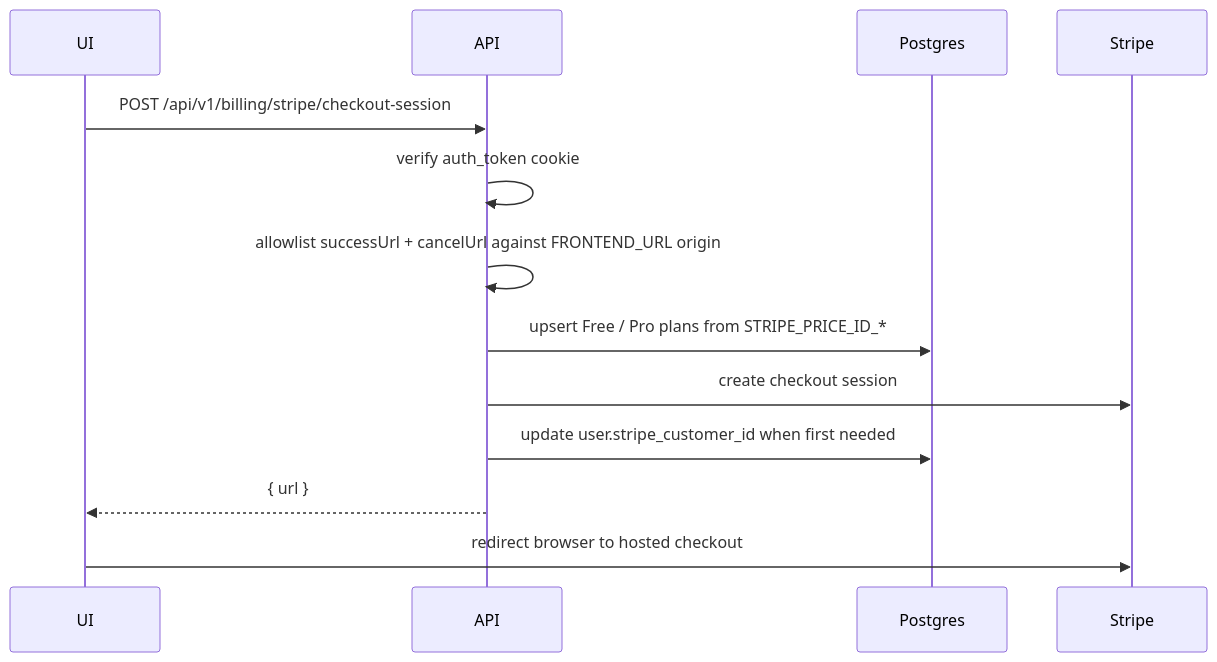
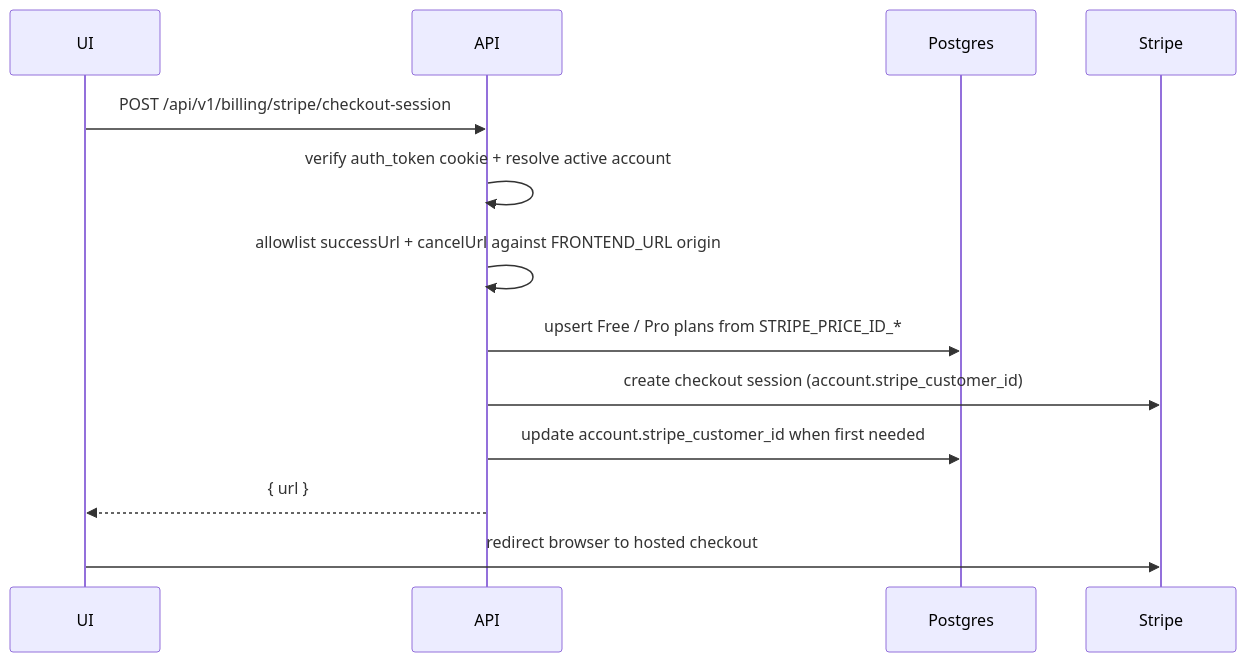
The first of 2 diagrams in src/content/docs/api/billing.mdx (AI-Starter-Templates/.github), drawn with Mermaid before and after one commit. The commit also changed other lines of this file and 2 other files, not shown here.

First line of the commit message:
Update billing API documentation for multi-tenant support

````diff
--- a/src/content/docs/api/billing.mdx
+++ b/src/content/docs/api/billing.mdx
@@ -16,15 +16,15 @@
 ```mermaid
 sequenceDiagram
   participant UI as UI
   participant API as API
   participant DB as Postgres
   participant Stripe
   UI->>API: POST /api/v1/billing/stripe/checkout-session
-  API->>API: verify auth_token cookie
+  API->>API: verify auth_token cookie + resolve active account
   API->>API: allowlist successUrl + cancelUrl against FRONTEND_URL origin
   API->>DB: upsert Free / Pro plans from STRIPE_PRICE_ID_*
-  API->>Stripe: create checkout session
-  API->>DB: update user.stripe_customer_id when first needed
+  API->>Stripe: create checkout session (account.stripe_customer_id)
+  API->>DB: update account.stripe_customer_id when first needed
   API-->>UI: { url }
   UI->>Stripe: redirect browser to hosted checkout
 ```
````
